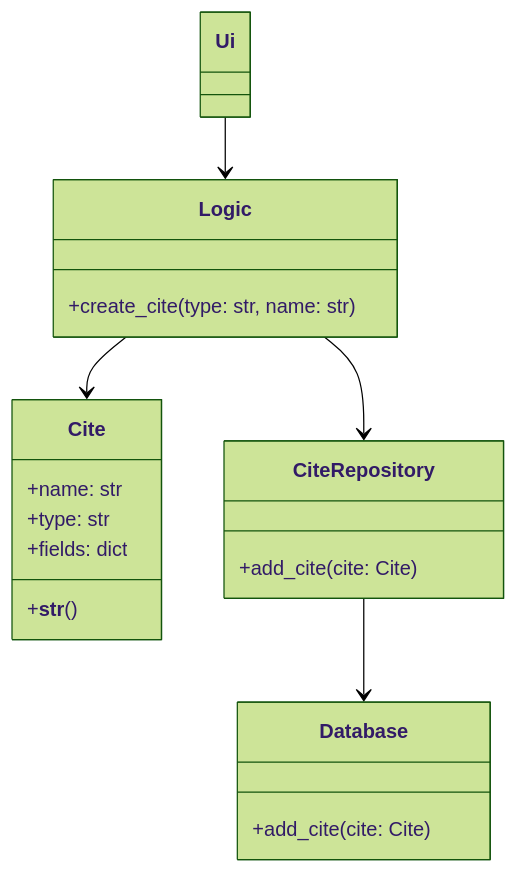
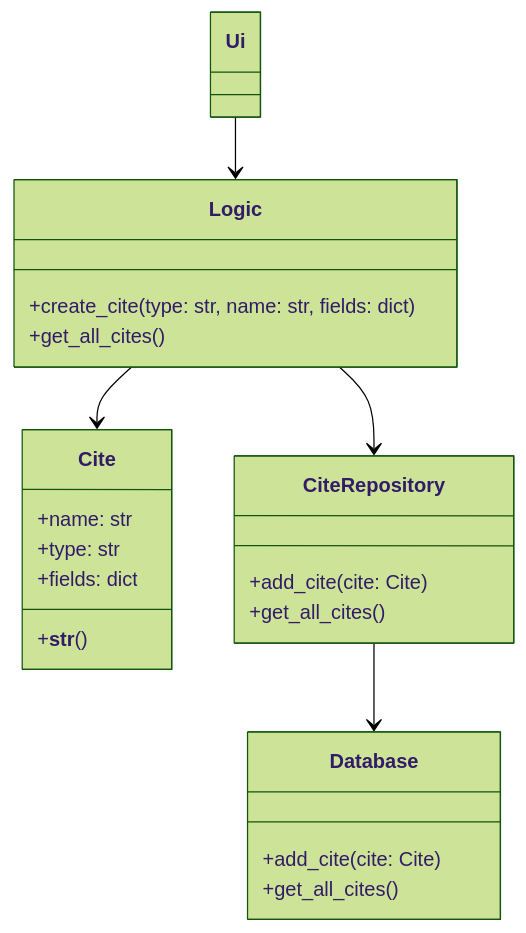
The second of 2 diagrams in docs/arkkitehtuuri.md (TheJiahao/ohtu-miniprojekti), drawn with Mermaid (forest theme) before and after one commit. The commit also changed 2 other files, not shown here.

````diff
--- a/docs/arkkitehtuuri.md
+++ b/docs/arkkitehtuuri.md
@@ -23,27 +23,29 @@
 ```mermaid
 classDiagram
 Ui --> Logic
 Logic --> Cite
 Logic --> CiteRepository
 CiteRepository --> Database
 
 class Logic{
-    +create_cite(type: str, name: str)
+    +create_cite(type: str, name: str, fields: dict)
+    +get_all_cites()
 }
 
 class Cite {
     +name: str
     +type: str
     +fields: dict
     +__str__()
 }
 
 class CiteRepository {
     +add_cite(cite: Cite)
+    +get_all_cites()
 }
 
 class Database {
     +add_cite(cite: Cite)
+    +get_all_cites()
 }
-
 ```
````
